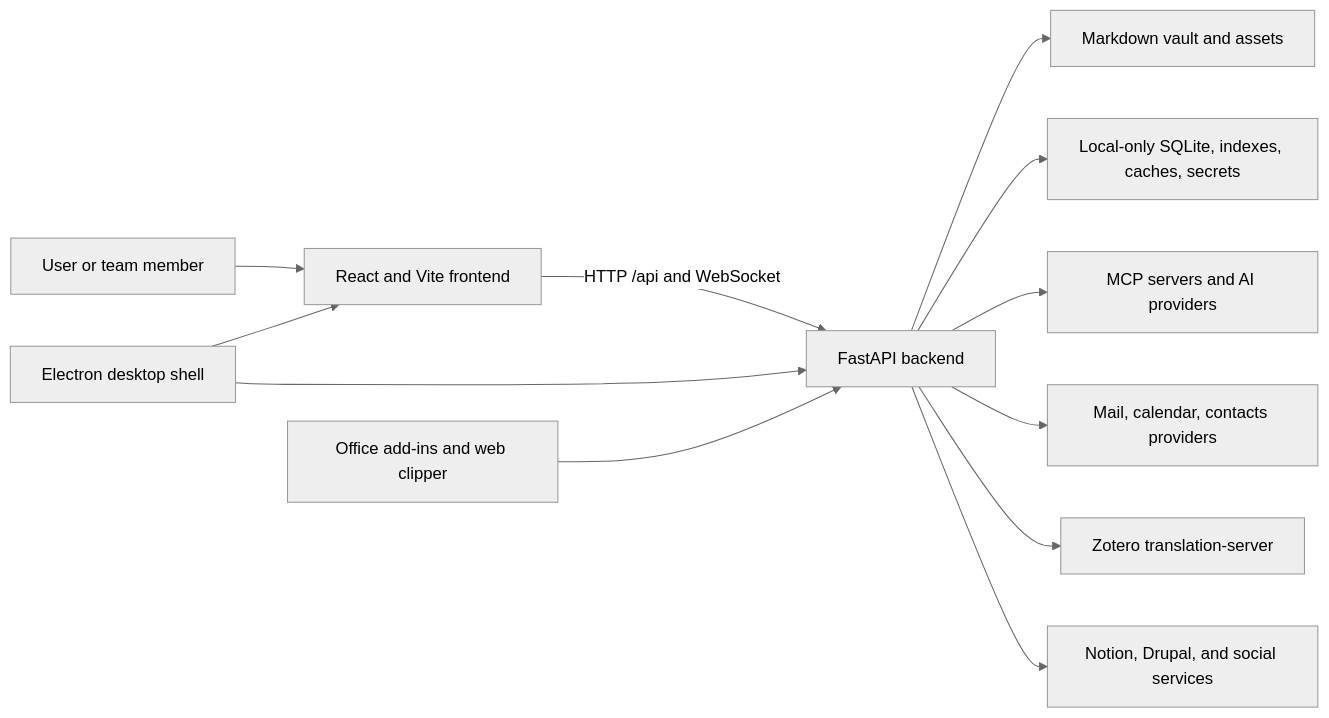
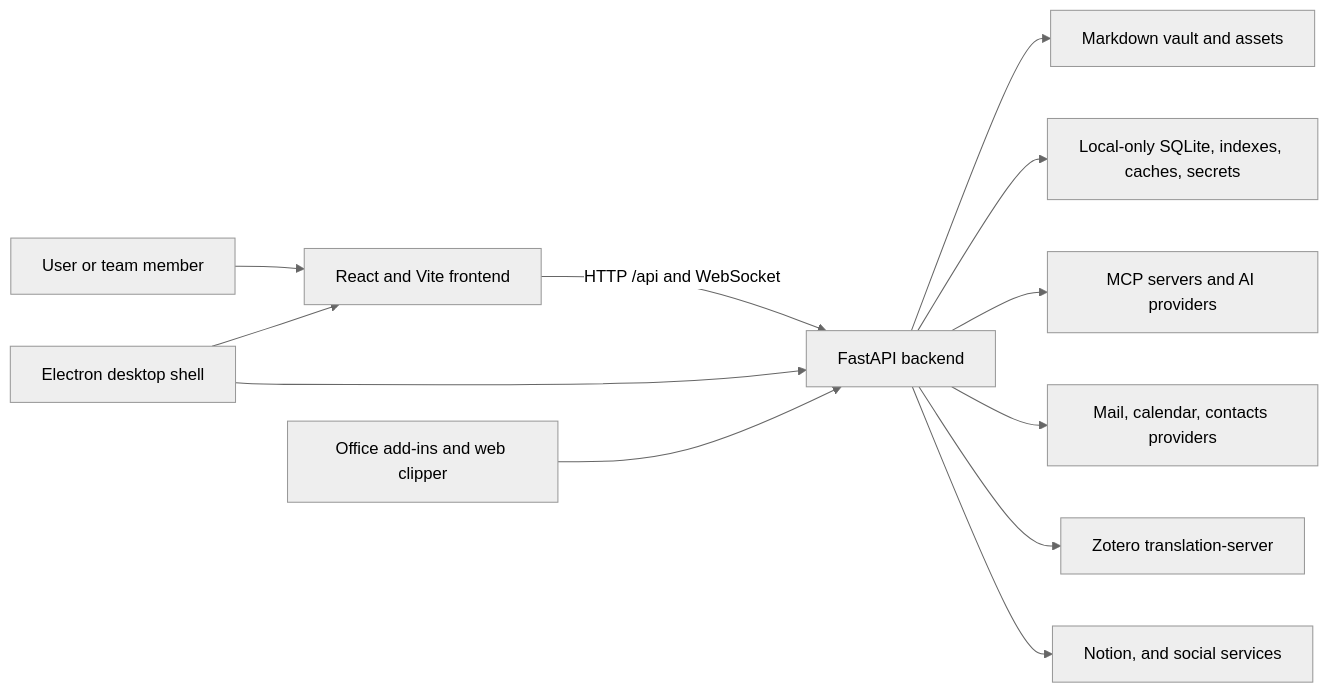
One commit to ismigar/Gnosi changed the diagram in docs/engineering/architecture/system-context.md. Above: the diagram before and after it, drawn with Mermaid (neutral theme). The commit also changed other lines of this file and 203 other files, not shown here.

````diff
--- a/docs/engineering/architecture/system-context.md
+++ b/docs/engineering/architecture/system-context.md
@@ -33,14 +33,14 @@
 ```mermaid
 flowchart LR
     User["User or team member"] --> UI["React and Vite frontend"]
     UI -->|HTTP /api and WebSocket| API["FastAPI backend"]
     API --> Vault["Markdown vault and assets"]
     API --> Local["Local-only SQLite, indexes, caches, secrets"]
     API --> MCP["MCP servers and AI providers"]
     API --> Comms["Mail, calendar, contacts providers"]
     API --> Zotero["Zotero translation-server"]
-    API --> Publish["Notion, Drupal, and social services"]
+    API --> Publish["Notion, and social services"]
     Desktop["Electron desktop shell"] --> UI
     Desktop --> API
     Office["Office add-ins and web clipper"] --> API
 ```
````
